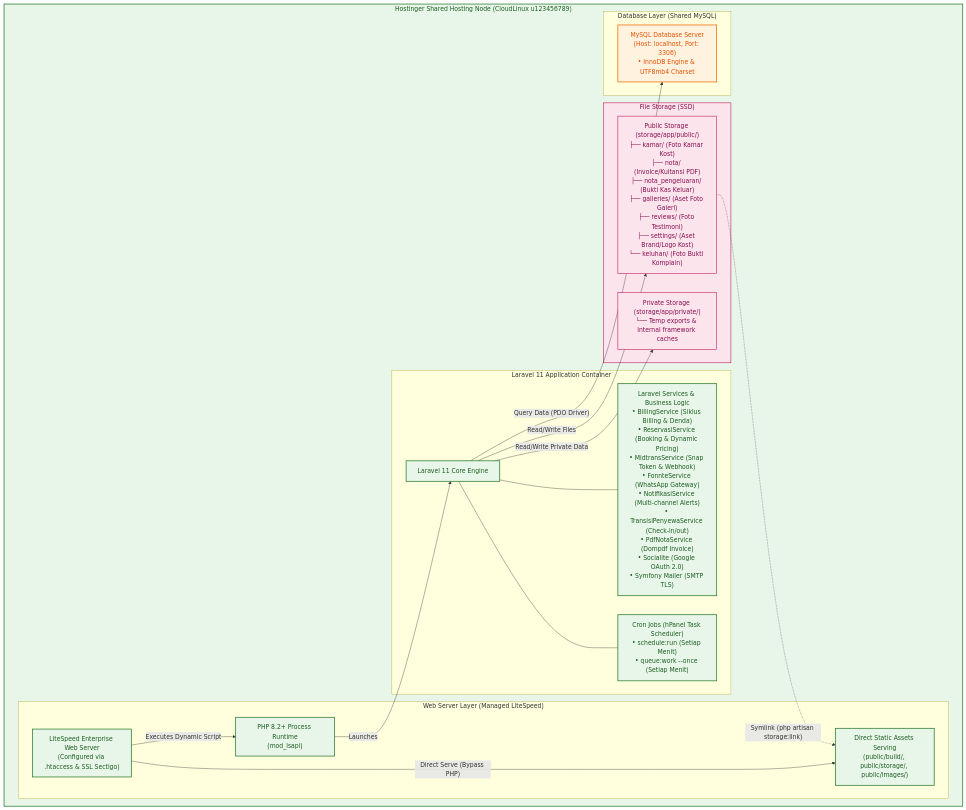
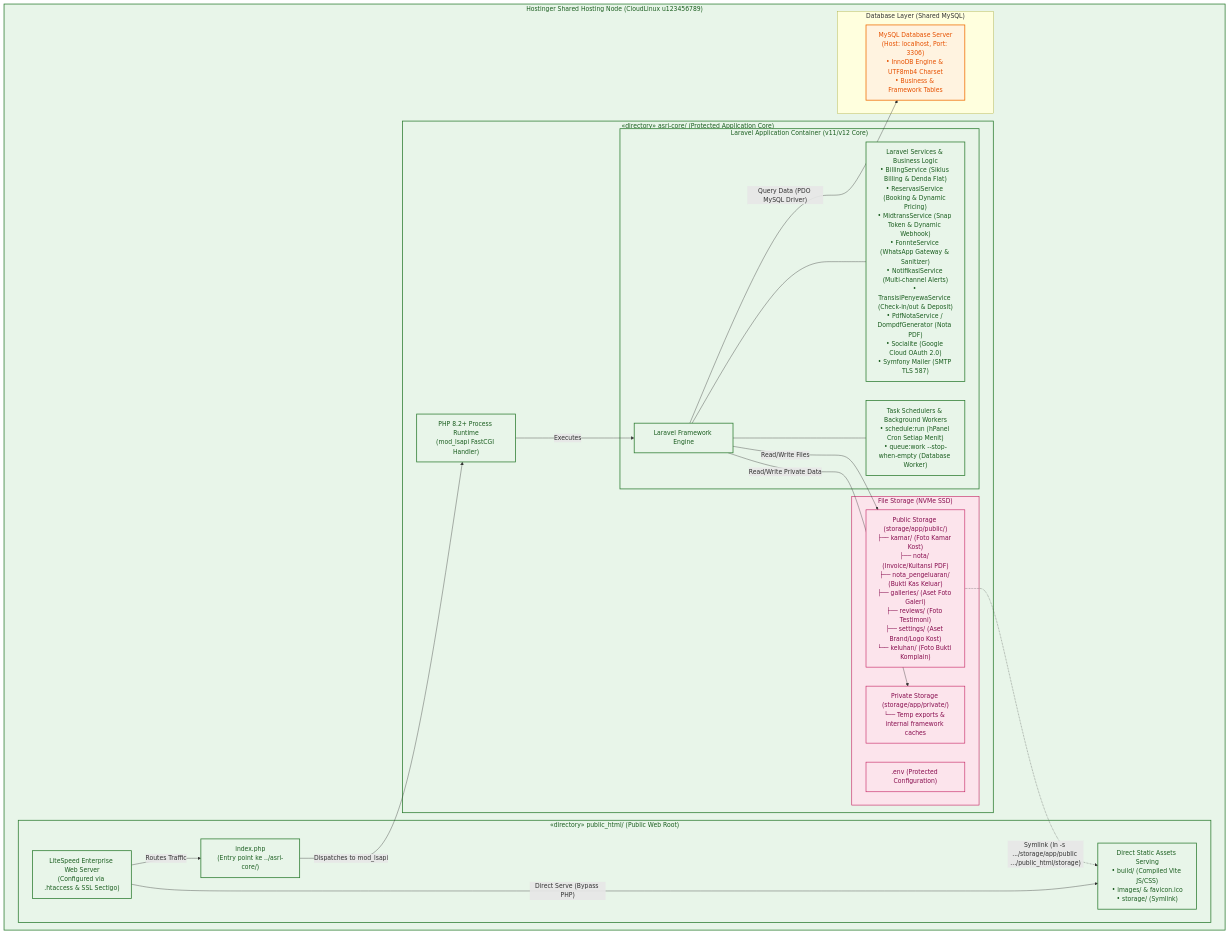
The diagram in Blueprint/deployment/deployment_server_architecture.mmd (rafifarsyapradiva/asri-boarding-house), drawn with Mermaid before and after one commit. The commit also changed 15 other files, not shown here.

Commit message:
docs(blueprint): harmonisasi infrastruktur hostinger produksi & finalisasi mutlak deployment diagram v244.0

```diff
--- a/Blueprint/deployment/deployment_server_architecture.mmd
+++ b/Blueprint/deployment/deployment_server_architecture.mmd
@@ -1,43 +1,50 @@
 flowchart TB
     subgraph SharedHostingNode["Hostinger Shared Hosting Node (CloudLinux u123456789)"]
-        subgraph WebServer["Web Server Layer (Managed LiteSpeed)"]
+        
+        subgraph PublicFolder["«directory» public_html/ (Public Web Root)"]
             LiteSpeed["LiteSpeed Enterprise Web Server<br/>(Configured via .htaccess & SSL Sectigo)"]
-            PHPRuntime["PHP 8.2+ Process Runtime<br/>(mod_lsapi)"]
-            StaticAssets["Direct Static Assets Serving<br/>(public/build/, public/storage/, public/images/)"]
-            LiteSpeed -->|"Executes Dynamic Script"| PHPRuntime
+            StaticAssets["Direct Static Assets Serving<br/>• build/ (Compiled Vite JS/CSS)<br/>• images/ & favicon.ico<br/>• storage/ (Symlink)"]
+            IndexPHP["index.php<br/>(Entry point ke ../asri-core/)"]
             LiteSpeed -->|"Direct Serve (Bypass PHP)"| StaticAssets
+            LiteSpeed -->|"Routes Traffic"| IndexPHP
         end
 
-        subgraph LaravelApp["Laravel 11 Application Container"]
-            LaravelEngine["Laravel 11 Core Engine"]
-            Services["Laravel Services & Business Logic<br/>• BillingService (Siklus Billing & Denda)<br/>• ReservasiService (Booking & Dynamic Pricing)<br/>• MidtransService (Snap Token & Webhook)<br/>• FonnteService (WhatsApp Gateway)<br/>• NotifikasiService (Multi-channel Alerts)<br/>• TransisiPenyewaService (Check-in/out)<br/>• PdfNotaService (Dompdf Invoice)<br/>• Socialite (Google OAuth 2.0)<br/>• Symfony Mailer (SMTP TLS)"]
-            Schedulers["Cron Jobs (hPanel Task Scheduler)<br/>• schedule:run (Setiap Menit)<br/>• queue:work --once (Setiap Menit)"]
+        subgraph CoreFolder["«directory» asri-core/ (Protected Application Core)"]
+            PHPRuntime["PHP 8.2+ Process Runtime<br/>(mod_lsapi FastCGI Handler)"]
             
-            LaravelEngine --- Services
-            LaravelEngine --- Schedulers
-        end
+            subgraph LaravelApp["Laravel Application Container (v11/v12 Core)"]
+                LaravelEngine["Laravel Framework Engine"]
+                Services["Laravel Services & Business Logic<br/>• BillingService (Siklus Billing & Denda Flat)<br/>• ReservasiService (Booking & Dynamic Pricing)<br/>• MidtransService (Snap Token & Dynamic Webhook)<br/>• FonnteService (WhatsApp Gateway & Sanitizer)<br/>• NotifikasiService (Multi-channel Alerts)<br/>• TransisiPenyewaService (Check-in/out & Deposit)<br/>• PdfNotaService / DompdfGenerator (Nota PDF)<br/>• Socialite (Google Cloud OAuth 2.0)<br/>• Symfony Mailer (SMTP TLS 587)"]
+                Schedulers["Task Schedulers & Background Workers<br/>• schedule:run (hPanel Cron Setiap Menit)<br/>• queue:work --stop-when-empty (Database Worker)"]
+                
+                LaravelEngine --- Services
+                LaravelEngine --- Schedulers
+            end
 
-        subgraph Storage["File Storage (SSD)"]
-            PublicSSD["Public Storage (storage/app/public/)<br/>├── kamar/ (Foto Kamar Kost)<br/>├── nota/ (Invoice/Kuitansi PDF)<br/>├── nota_pengeluaran/ (Bukti Kas Keluar)<br/>├── galleries/ (Aset Foto Galeri)<br/>├── reviews/ (Foto Testimoni)<br/>├── settings/ (Aset Brand/Logo Kost)<br/>└── keluhan/ (Foto Bukti Komplain)"]
-            PrivateSSD["Private Storage (storage/app/private/)<br/>└── Temp exports & internal framework caches"]
+            subgraph Storage["File Storage (NVMe SSD)"]
+                PublicSSD["Public Storage (storage/app/public/)<br/>├── kamar/ (Foto Kamar Kost)<br/>├── nota/ (Invoice/Kuitansi PDF)<br/>├── nota_pengeluaran/ (Bukti Kas Keluar)<br/>├── galleries/ (Aset Foto Galeri)<br/>├── reviews/ (Foto Testimoni)<br/>├── settings/ (Aset Brand/Logo Kost)<br/>└── keluhan/ (Foto Bukti Komplain)"]
+                PrivateSSD["Private Storage (storage/app/private/)<br/>└── Temp exports & internal framework caches"]
+                EnvSecret[".env (Protected Configuration)"]
+            end
         end
 
         subgraph DatabaseLayer["Database Layer (Shared MySQL)"]
-            MySQLDB["MySQL Database Server<br/>(Host: localhost, Port: 3306)<br/>• InnoDB Engine & UTF8mb4 Charset"]
+            MySQLDB["MySQL Database Server<br/>(Host: localhost, Port: 3306)<br/>• InnoDB Engine & UTF8mb4 Charset<br/>• Business & Framework Tables"]
         end
 
-        PHPRuntime -->|"Launches"| LaravelEngine
+        IndexPHP -->|"Dispatches to mod_lsapi"| PHPRuntime
+        PHPRuntime -->|"Executes"| LaravelEngine
         LaravelEngine -->|"Read/Write Files"| PublicSSD
         LaravelEngine -->|"Read/Write Private Data"| PrivateSSD
-        PublicSSD -.->|"Symlink (php artisan storage:link)"| StaticAssets
-        LaravelEngine -->|"Query Data (PDO Driver)"| MySQLDB
+        PublicSSD -.->|"Symlink (ln -s .../storage/app/public .../public_html/storage)"| StaticAssets
+        LaravelEngine -->|"Query Data (PDO MySQL Driver)"| MySQLDB
     end
 
     %% Styling
     classDef server fill:#E8F5E9,stroke:#2E7D32,stroke-width:2px,color:#1B5E20;
     classDef db fill:#FFF3E0,stroke:#EF6C00,stroke-width:2px,color:#E65100;
     classDef storage fill:#FCE4EC,stroke:#C2185B,stroke-width:1.5px,color:#880E4F;
 
-    class SharedHostingNode,LiteSpeed,PHPRuntime,StaticAssets,LaravelEngine,Services,Schedulers server;
+    class SharedHostingNode,PublicFolder,CoreFolder,LiteSpeed,PHPRuntime,StaticAssets,IndexPHP,LaravelApp,LaravelEngine,Services,Schedulers server;
     class MySQLDB db;
-    class Storage,PublicSSD,PrivateSSD storage;
+    class Storage,PublicSSD,PrivateSSD,EnvSecret storage;
```
